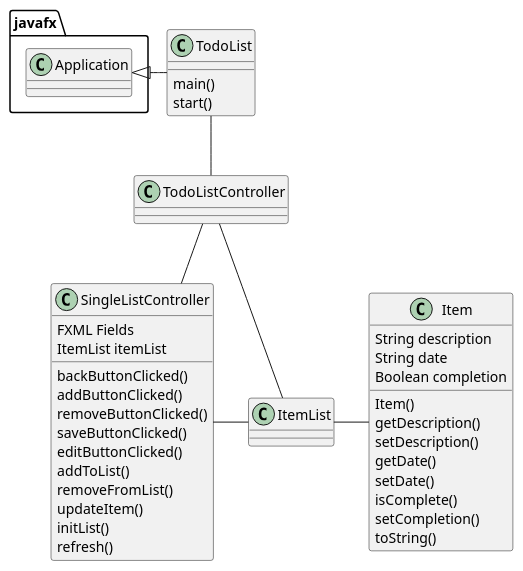
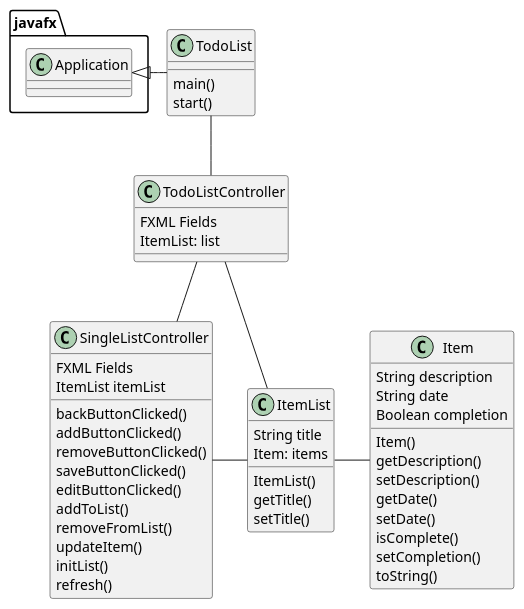
One commit to rharding8/harding-cop3330-assignment4 changed the diagram in uml/TodoList.puml. Above: the diagram before and after it, drawn with PlantUML. The commit also changed 6 other files, not shown here.

```diff
--- a/uml/TodoList.puml
+++ b/uml/TodoList.puml
@@ -1,48 +1,58 @@
 @startuml
 'https://plantuml.com/class-diagram
 
 class TodoList {
     main()
     start()
 }
-class TodoListController
+
+class TodoListController {
+    FXML Fields
+    ItemList: list
+}
 
 class SingleListController {
     FXML Fields
     ItemList itemList
     backButtonClicked()
     addButtonClicked()
     removeButtonClicked()
     saveButtonClicked()
     editButtonClicked()
     addToList()
     removeFromList()
     updateItem()
     initList()
     refresh()
 }
 
 class Item {
     String description
     String date
     Boolean completion
     Item()
     getDescription()
     setDescription()
     getDate()
     setDate()
     isComplete()
     setCompletion()
     toString()
 }
 
-class ItemList
+class ItemList {
+    String title
+    Item: items
+    ItemList()
+    getTitle()
+    setTitle()
+}
 
 javafx.Application <|- TodoList
 TodoList -- TodoListController
 TodoListController -- SingleListController
 TodoListController -- ItemList
 SingleListController - ItemList
 ItemList - Item
 
 @enduml
```
